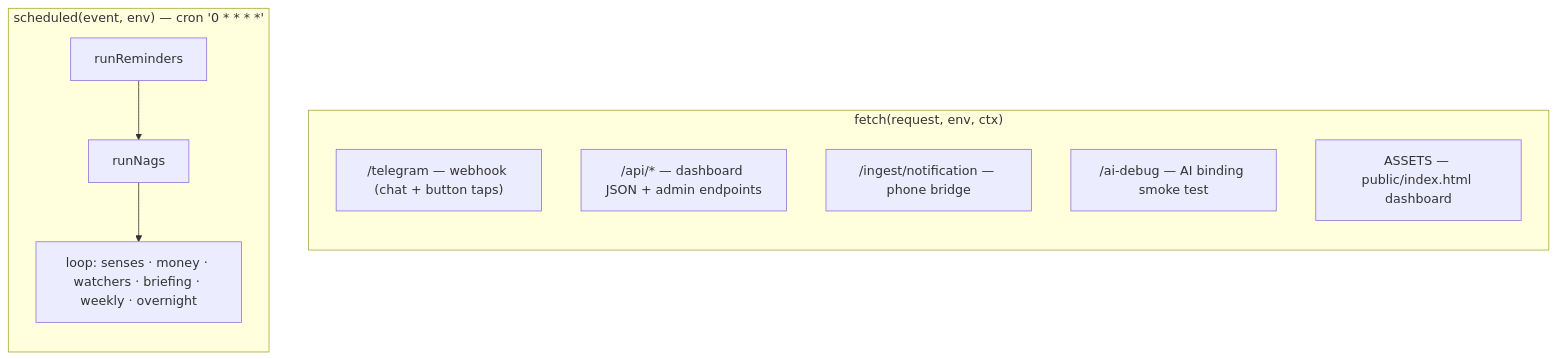
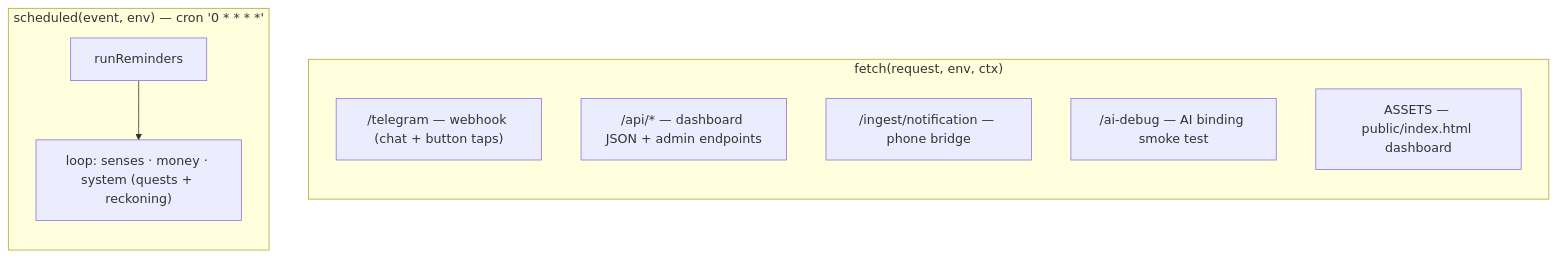
Before and after one commit to saquibjawedbit/grabber: the third of 8 diagrams in docs/01-architecture.md, drawn with Mermaid. The commit also changed other lines of this file and 25 other files, not shown here.

````diff
--- a/docs/01-architecture.md
+++ b/docs/01-architecture.md
@@ -93,18 +91,17 @@
 ```mermaid
 flowchart TB
   subgraph fetch["fetch(request, env, ctx)"]
     direction TB
     r1["/telegram — webhook (chat + button taps)"]
     r2["/api/* — dashboard JSON + admin endpoints"]
     r3["/ingest/notification — phone bridge"]
     r4["/ai-debug — AI binding smoke test"]
     r5["ASSETS — public/index.html dashboard"]
   end
   subgraph scheduled["scheduled(event, env) — cron '0 * * * *'"]
     direction TB
     s1["runReminders"]
-    s2["runNags"]
-    s3["loop: senses · money · watchers · briefing · weekly · overnight"]
-    s1 --> s2 --> s3
+    s3["loop: senses · money · system (quests + reckoning)"]
+    s1 --> s3
   end
 ```
````
